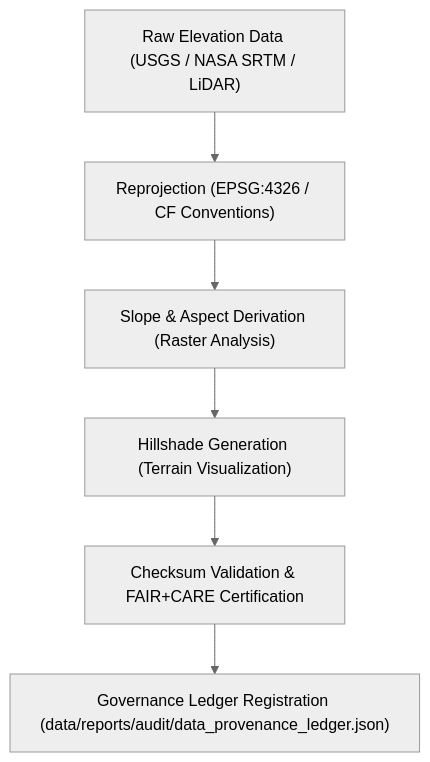
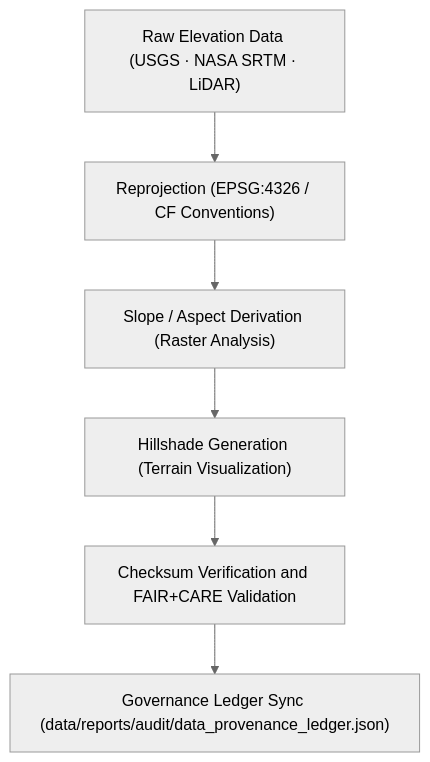
The diagram in data/work/tmp/terrain/transforms/README.md (bartytime4life/Kansas-Frontier-Matrix), drawn with Mermaid (neutral theme) before and after one commit. The commit also changed other lines of this file, not shown here.

````diff
--- a/data/work/tmp/terrain/transforms/README.md
+++ b/data/work/tmp/terrain/transforms/README.md
@@ -66,8 +68,8 @@
 ```mermaid
 flowchart TD
-    A["Raw Elevation Data (USGS / NASA SRTM / LiDAR)"] --> B["Reprojection (EPSG:4326 / CF Conventions)"]
-    B --> C["Slope & Aspect Derivation (Raster Analysis)"]
+    A["Raw Elevation Data (USGS · NASA SRTM · LiDAR)"] --> B["Reprojection (EPSG:4326 / CF Conventions)"]
+    B --> C["Slope / Aspect Derivation (Raster Analysis)"]
     C --> D["Hillshade Generation (Terrain Visualization)"]
-    D --> E["Checksum Validation & FAIR+CARE Certification"]
-    E --> F["Governance Ledger Registration (data/reports/audit/data_provenance_ledger.json)"]
+    D --> E["Checksum Verification and FAIR+CARE Validation"]
+    E --> F["Governance Ledger Sync (data/reports/audit/data_provenance_ledger.json)"]
 ```
````
